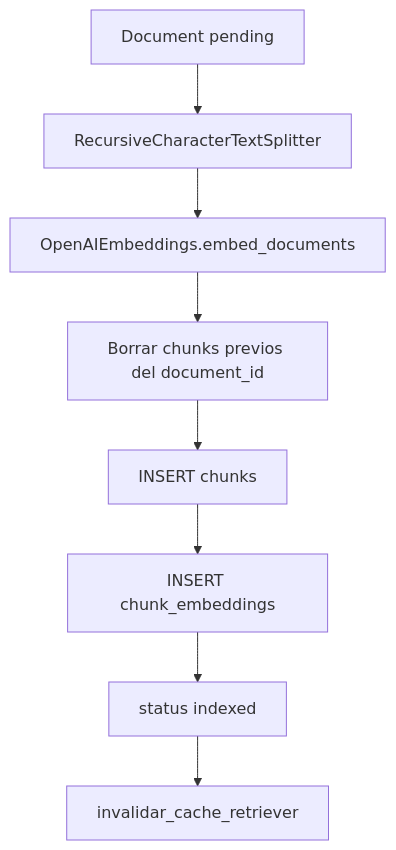
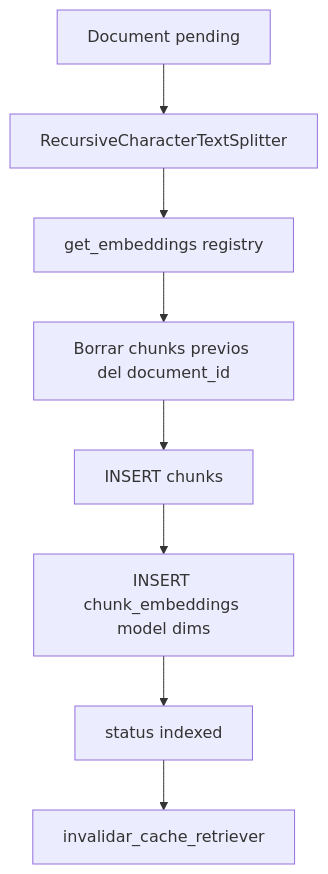
Before and after one commit to DavidLeonP/Orquestacion-Agentes: the second of 4 diagrams in docs/c4/04-codigo.md, drawn with Mermaid. The commit also changed other lines of this file and 9 other files, not shown here.

First line of the commit message:
Update docs: JWT API, Streamlit UI, MySQL KB architecture

````diff
--- a/docs/c4/04-codigo.md
+++ b/docs/c4/04-codigo.md
@@ -29,10 +29,10 @@
 ```mermaid
 flowchart TD
     Doc[Document pending] --> Split[RecursiveCharacterTextSplitter]
-    Split --> Embed[OpenAIEmbeddings.embed_documents]
+    Split --> Embed["get_embeddings registry"]
     Embed --> Del[Borrar chunks previos del document_id]
     Del --> InsC[INSERT chunks]
-    InsC --> InsE[INSERT chunk_embeddings]
+    InsC --> InsE["INSERT chunk_embeddings model dims"]
     InsE --> Idx[status indexed]
     Idx --> Cache[invalidar_cache_retriever]
 ```
````
